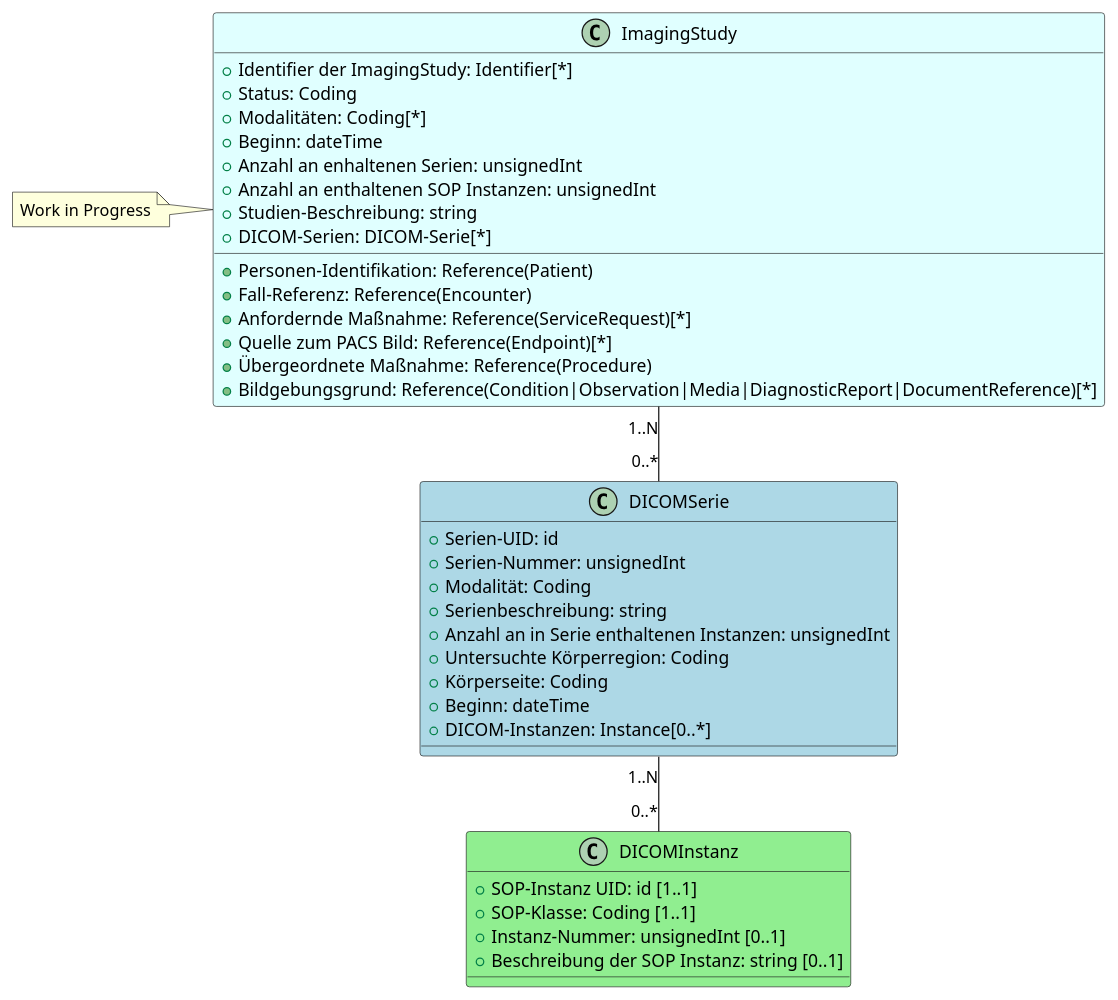
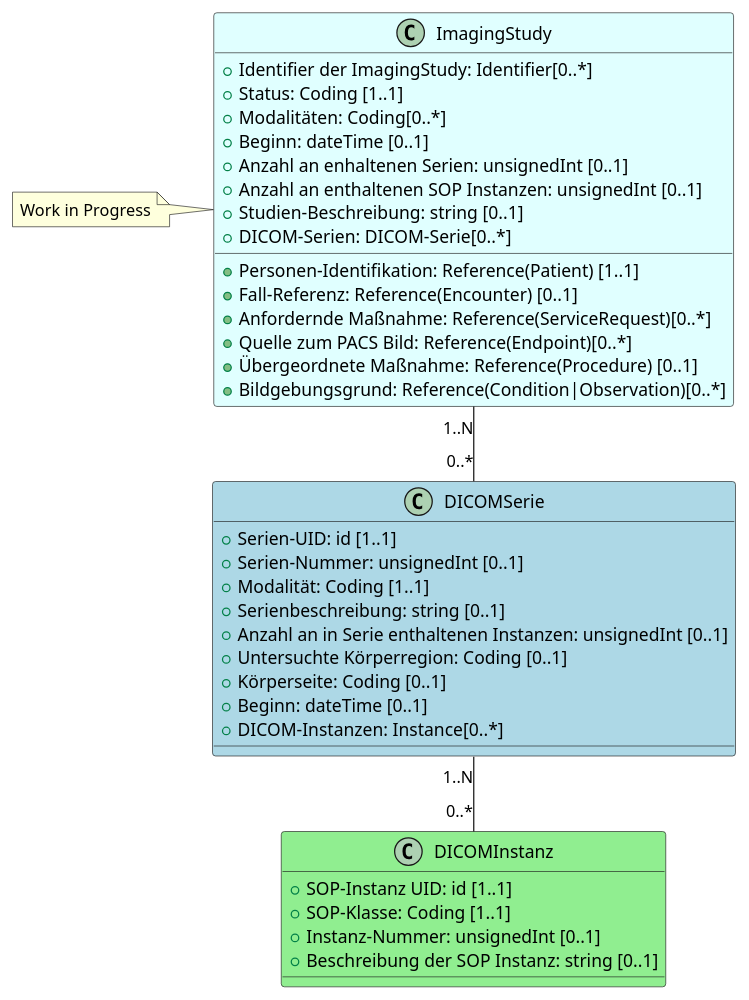
One commit to medizininformatik-initiative/kerndatensatz-bildgebung changed the diagram in plantUmlSrc/ImagingStudy.plantuml. Above: the diagram before and after it, drawn with PlantUML.

```diff
--- a/plantUmlSrc/ImagingStudy.plantuml
+++ b/plantUmlSrc/ImagingStudy.plantuml
@@ -1,41 +1,41 @@
 @startuml
 class ImagingStudy #LightCyan {
-  + Identifier der ImagingStudy: Identifier[*]
-  + Status: Coding
-  + Modalitäten: Coding[*]
-  + Personen-Identifikation: Reference(Patient)
-  + Fall-Referenz: Reference(Encounter)
-  + Beginn: dateTime
-  + Anfordernde Maßnahme: Reference(ServiceRequest)[*]
-  + Quelle zum PACS Bild: Reference(Endpoint)[*]
-  + Anzahl an enhaltenen Serien: unsignedInt
-  + Anzahl an enthaltenen SOP Instanzen: unsignedInt
-  + Übergeordnete Maßnahme: Reference(Procedure)
-  + Bildgebungsgrund: Reference(Condition|Observation|Media|DiagnosticReport|DocumentReference)[*]
-  + Studien-Beschreibung: string
-  + DICOM-Serien: DICOM-Serie[*]
+  + Identifier der ImagingStudy: Identifier[0..*]
+  + Status: Coding [1..1]
+  + Modalitäten: Coding[0..*]
+  + Personen-Identifikation: Reference(Patient) [1..1]
+  + Fall-Referenz: Reference(Encounter) [0..1]
+  + Beginn: dateTime [0..1]
+  + Anfordernde Maßnahme: Reference(ServiceRequest)[0..*]
+  + Quelle zum PACS Bild: Reference(Endpoint)[0..*]
+  + Anzahl an enhaltenen Serien: unsignedInt [0..1]
+  + Anzahl an enthaltenen SOP Instanzen: unsignedInt [0..1]
+  + Übergeordnete Maßnahme: Reference(Procedure) [0..1]
+  + Bildgebungsgrund: Reference(Condition|Observation)[0..*]
+  + Studien-Beschreibung: string [0..1]
+  + DICOM-Serien: DICOM-Serie[0..*]
 }
 note left: Work in Progress
 
 class DICOMSerie #LightBlue {
-  + Serien-UID: id
-  + Serien-Nummer: unsignedInt
-  + Modalität: Coding
-  + Serienbeschreibung: string
-  + Anzahl an in Serie enthaltenen Instanzen: unsignedInt
-  + Untersuchte Körperregion: Coding
-  + Körperseite: Coding
-  + Beginn: dateTime
+  + Serien-UID: id [1..1]
+  + Serien-Nummer: unsignedInt [0..1]
+  + Modalität: Coding [1..1]
+  + Serienbeschreibung: string [0..1]
+  + Anzahl an in Serie enthaltenen Instanzen: unsignedInt [0..1]
+  + Untersuchte Körperregion: Coding [0..1]
+  + Körperseite: Coding [0..1]
+  + Beginn: dateTime [0..1]
   + DICOM-Instanzen: Instance[0..*]
 }
 
 class DICOMInstanz #LightGreen {
   + SOP-Instanz UID: id [1..1]
   + SOP-Klasse: Coding [1..1]
   + Instanz-Nummer: unsignedInt [0..1]
   + Beschreibung der SOP Instanz: string [0..1]
 }
 
 ImagingStudy "1..N" -- "0..*" DICOMSerie
 DICOMSerie "1..N" -- "0..*" DICOMInstanz
 @enduml
```
